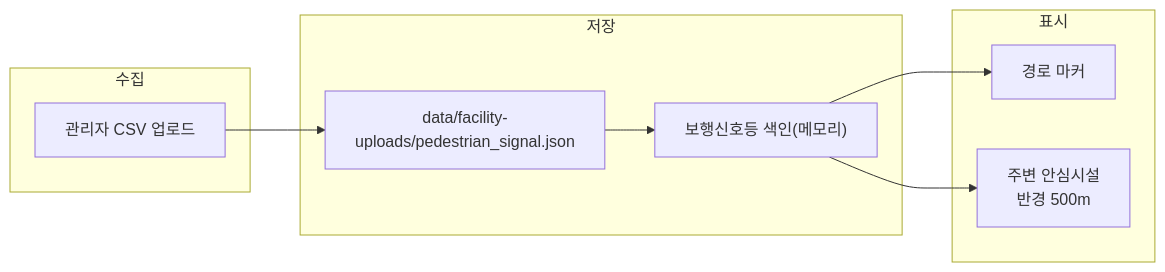
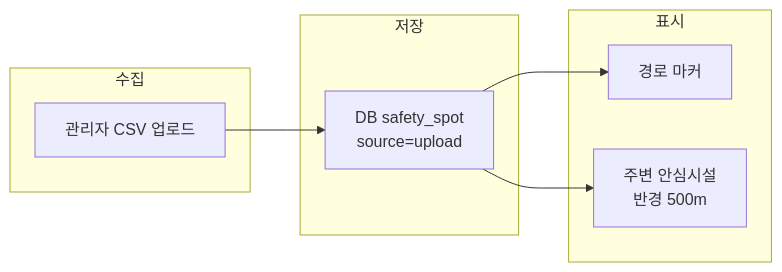
One commit to soo-ai-agent/bueongi-backend changed the diagram in docs/safety-spots/pedestrian-signal.md. Above: the diagram before and after it, drawn with Mermaid. The commit also changed 11 other files, not shown here.

````diff
--- a/docs/safety-spots/pedestrian-signal.md
+++ b/docs/safety-spots/pedestrian-signal.md
@@ -35,16 +35,16 @@
 ```mermaid
 flowchart LR
     subgraph 수집
         A["관리자 CSV 업로드"]
     end
     subgraph 저장
-        B["data/facility-uploads/pedestrian_signal.json"] --> C["보행신호등 색인(메모리)"]
+        B["DB safety_spot<br/>source=upload"]
     end
     subgraph 표시
         E1["경로 마커"]
         E2["주변 안심시설<br/>반경 500m"]
     end
     A --> B
-    C --> E1
-    C --> E2
+    B --> E1
+    B --> E2
 ```
````
